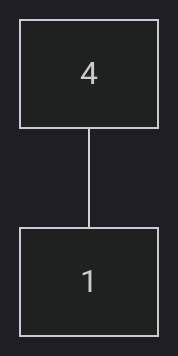
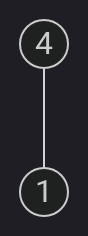
Before and after one commit to PasseRR/JavaLeetCode: the second of 2 diagrams in docs/_chapters/2.lcof1/page1/26.md, drawn with Mermaid (dark theme). The commit also changed other lines of this file, not shown here.

````diff
--- a/docs/_chapters/2.lcof1/page1/26.md
+++ b/docs/_chapters/2.lcof1/page1/26.md
@@ -29,4 +29,4 @@
 ```mermaid
 graph TB
-4 --- 1
+4((4)) --- 1((1))
 ```
````
